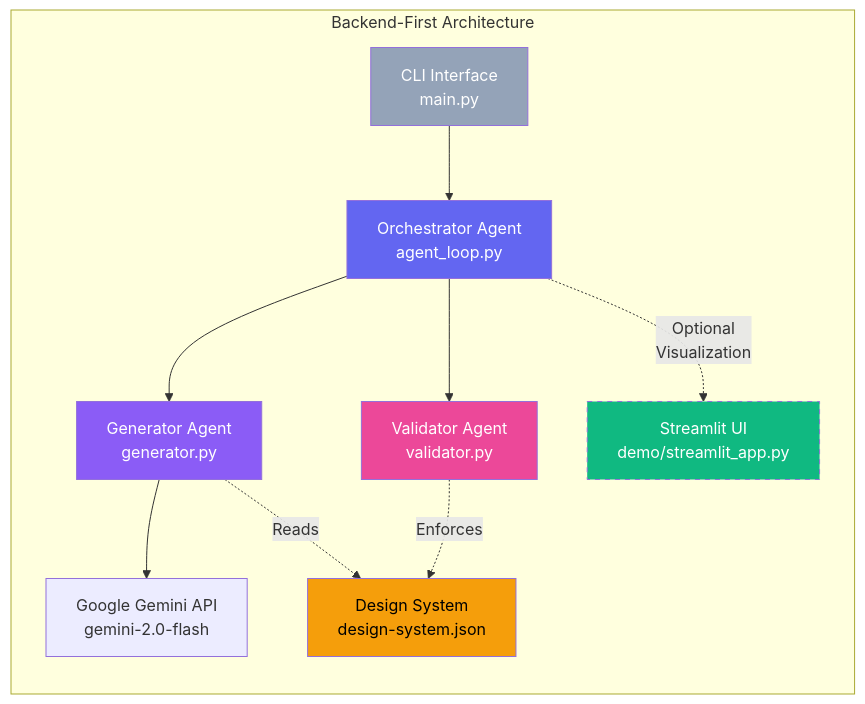
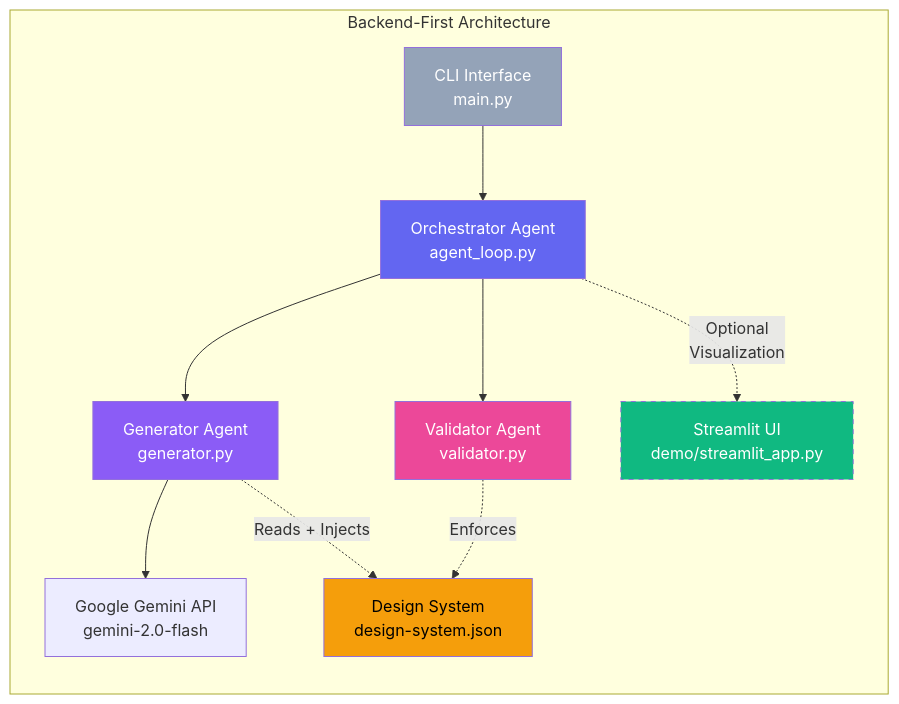
Before and after one commit to saikiranpulagalla/governed-angular-ui-generator: the third of 4 diagrams in README.md, drawn with Mermaid. The commit also changed other lines of this file and 9 other files, not shown here.

````diff
--- a/README.md
+++ b/README.md
@@ -110,23 +116,23 @@
 ```mermaid
 graph LR
     subgraph "Backend-First Architecture"
         A[CLI Interface<br/>main.py] --> B[Orchestrator Agent<br/>agent_loop.py]
-        
+
         B --> C[Generator Agent<br/>generator.py]
         B --> D[Validator Agent<br/>validator.py]
-        
+
         C --> E[Google Gemini API<br/>gemini-2.0-flash]
-        
-        C -.->|Reads| F[Design System<br/>design-system.json]
+
+        C -.->|Reads + Injects| F[Design System<br/>design-system.json]
         D -.->|Enforces| F
-        
+
         B -.->|Optional<br/>Visualization| G[Streamlit UI<br/>demo/streamlit_app.py]
     end
-    
+
     style A fill:#94a3b8,color:#fff
     style B fill:#6366f1,color:#fff
     style C fill:#8b5cf6,color:#fff
     style D fill:#ec4899,color:#fff
     style F fill:#f59e0b,color:#000
     style G fill:#10b981,color:#fff,stroke-dasharray: 5 5
 ```
````
